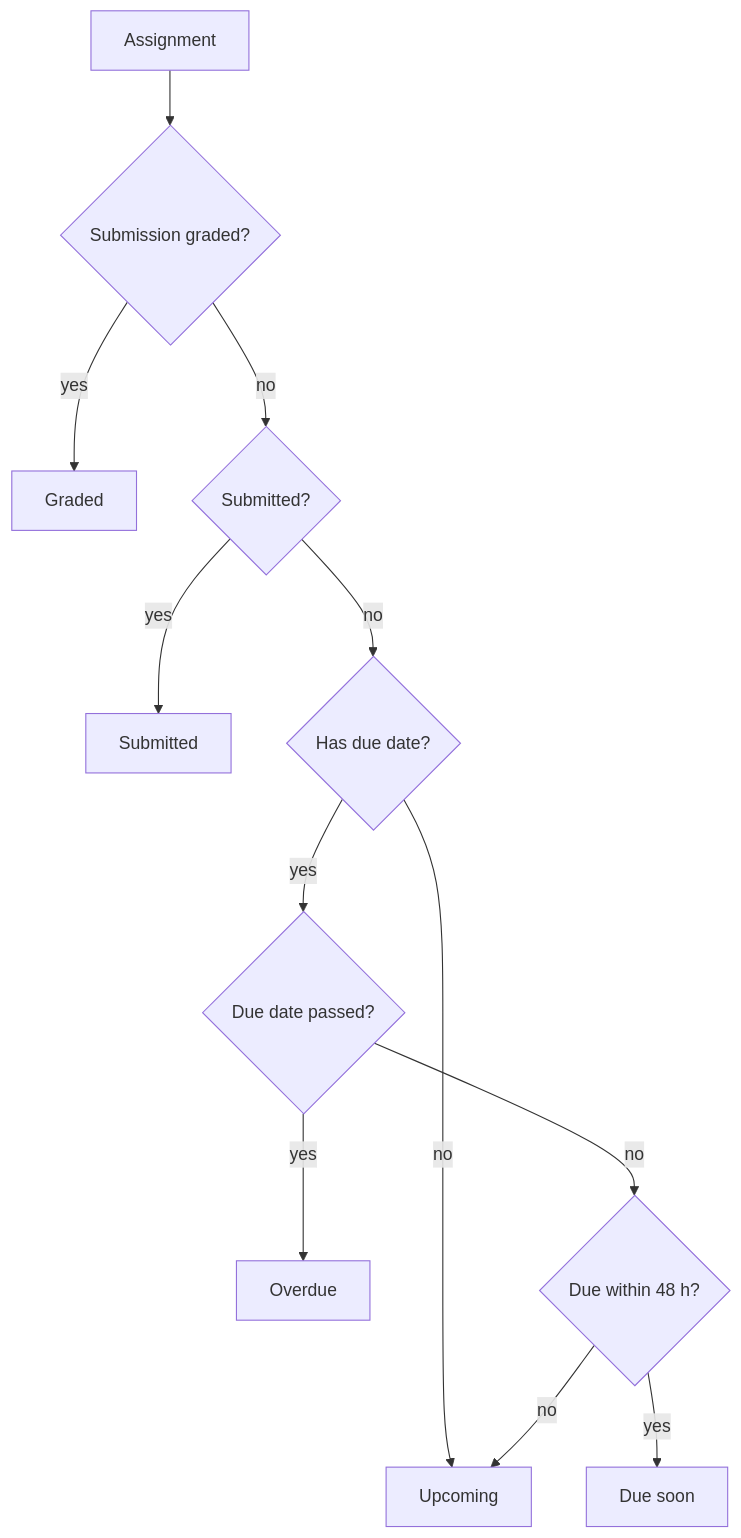
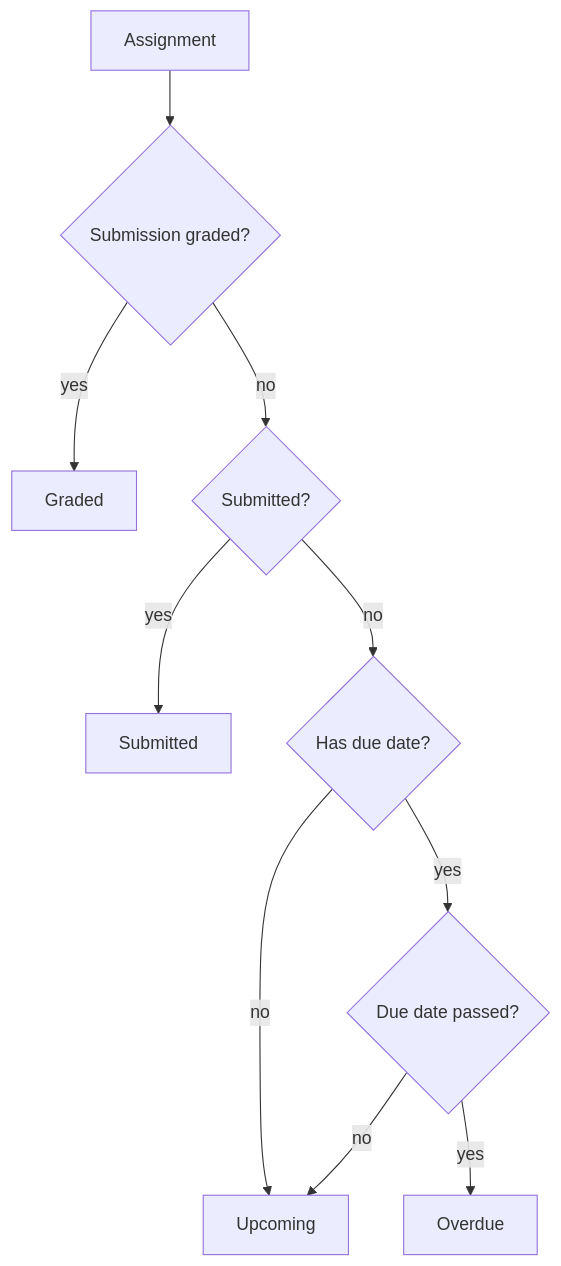
The third of 6 diagrams in docs/canvas-portal/03-design.md (bbranton/TestProj), drawn with Mermaid before and after one commit. The commit also changed other lines of this file and 4 other files, not shown here.

First line of the commit message:
Move the Due soon status to Phase 5 (FR-27)

````diff
--- a/docs/canvas-portal/03-design.md
+++ b/docs/canvas-portal/03-design.md
@@ -218,14 +218,12 @@
 ```mermaid
 flowchart TD
     A[Assignment] --> G{Submission graded?}
     G -- yes --> Graded
     G -- no --> S{Submitted?}
     S -- yes --> Submitted
     S -- no --> D{Has due date?}
     D -- no --> Upcoming
     D -- yes --> P{Due date passed?}
     P -- yes --> Overdue
-    P -- no --> H{Due within 48 h?}
-    H -- yes --> DS[Due soon]
-    H -- no --> Upcoming
+    P -- no --> Upcoming
 ```
````
